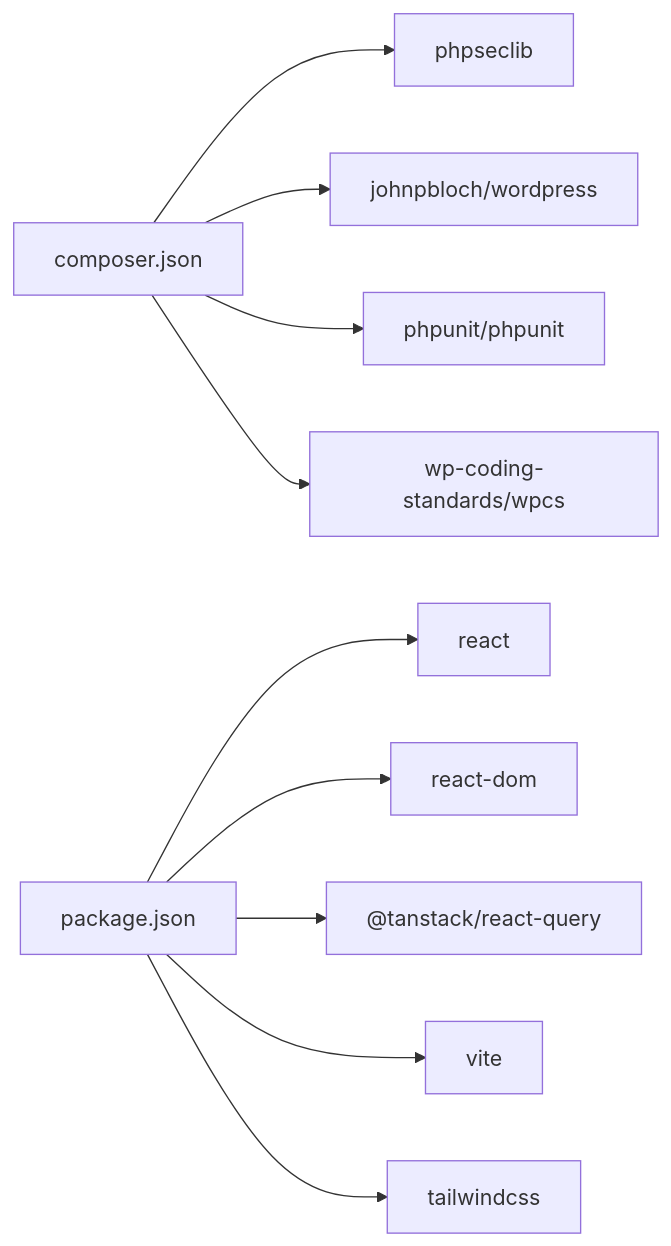
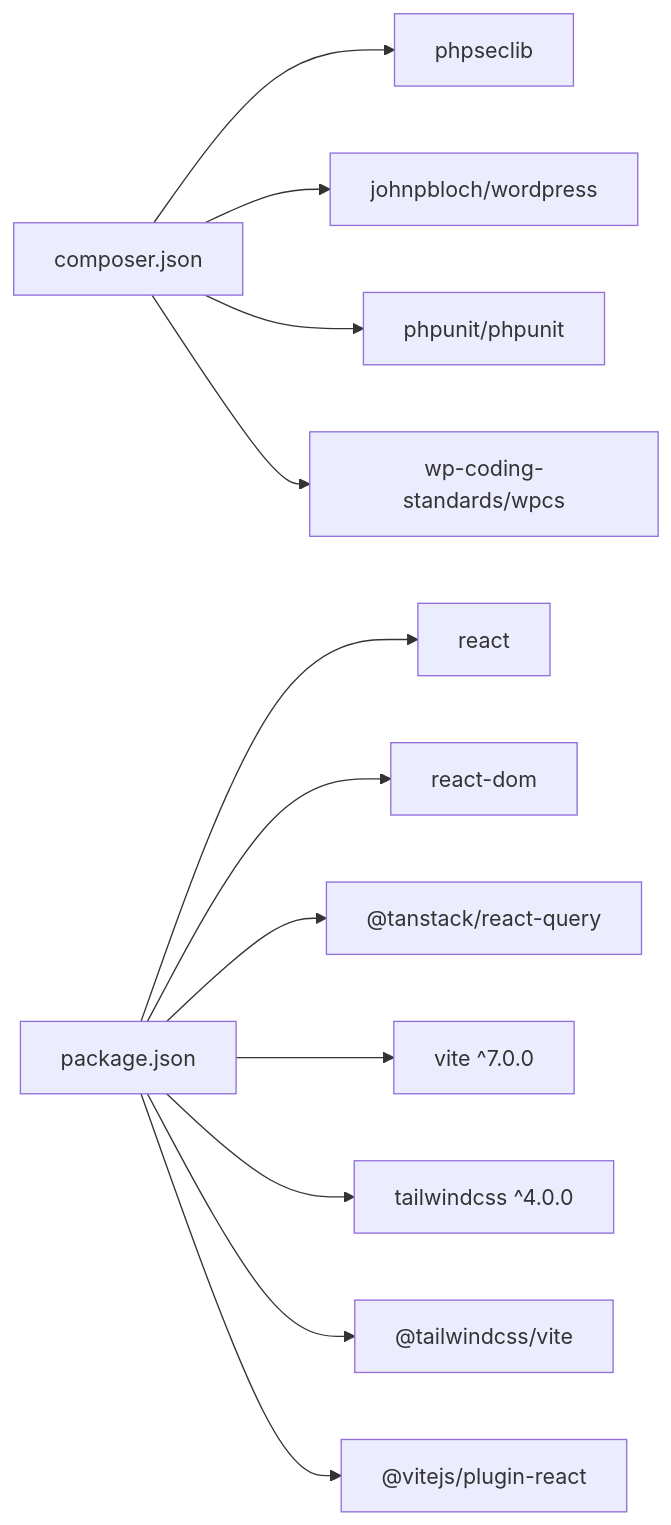
The sixth of 6 diagrams in .qoder/repowiki/en/content/Development Guide.md (onedogsolutions/simple-stack), drawn with Mermaid before and after one commit. The commit also changed other lines of this file and 181 other files, not shown here.

````diff
--- a/.qoder/repowiki/en/content/Development Guide.md
+++ b/.qoder/repowiki/en/content/Development Guide.md
@@ -442,12 +482,14 @@
 ```mermaid
 graph LR
 Composer["composer.json"] --> PHPRuntime["phpseclib"]
 Composer --> WPCore["johnpbloch/wordpress"]
 Composer --> PHPUnit["phpunit/phpunit"]
 Composer --> WPCS["wp-coding-standards/wpcs"]
 NPM["package.json"] --> React["react"]
 NPM --> ReactDOM["react-dom"]
 NPM --> TanStack["@tanstack/react-query"]
-NPM --> Vite["vite"]
-NPM --> Tailwind["tailwindcss"]
+NPM --> Vite["vite ^7.0.0"]
+NPM --> Tailwind["tailwindcss ^4.0.0"]
+NPM --> TailwindVite["@tailwindcss/vite"]
+NPM --> ReactPlugin["@vitejs/plugin-react"]
 ```
````
